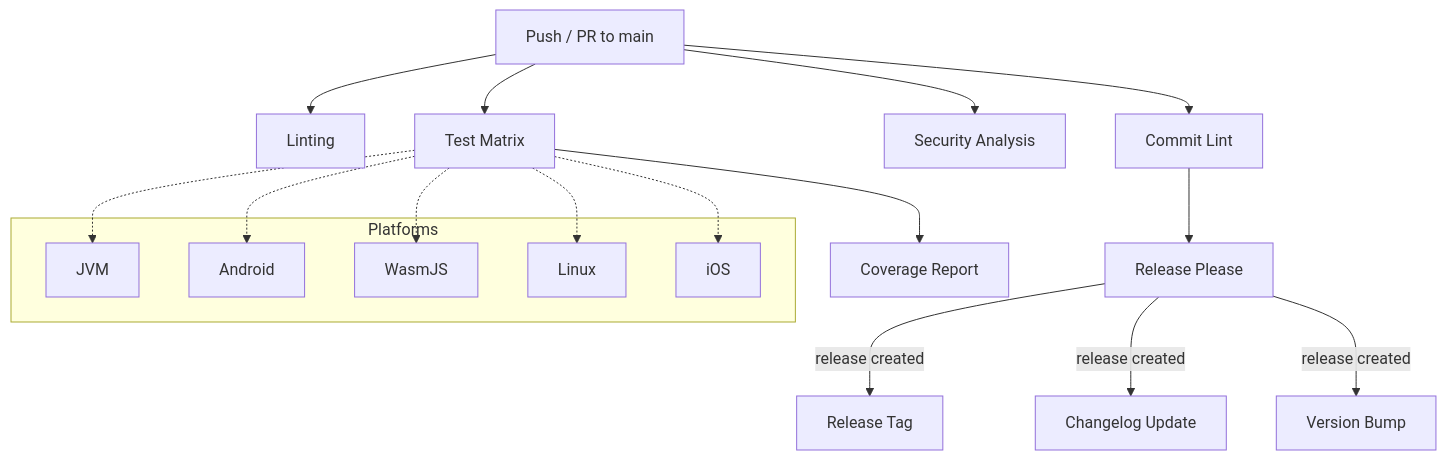
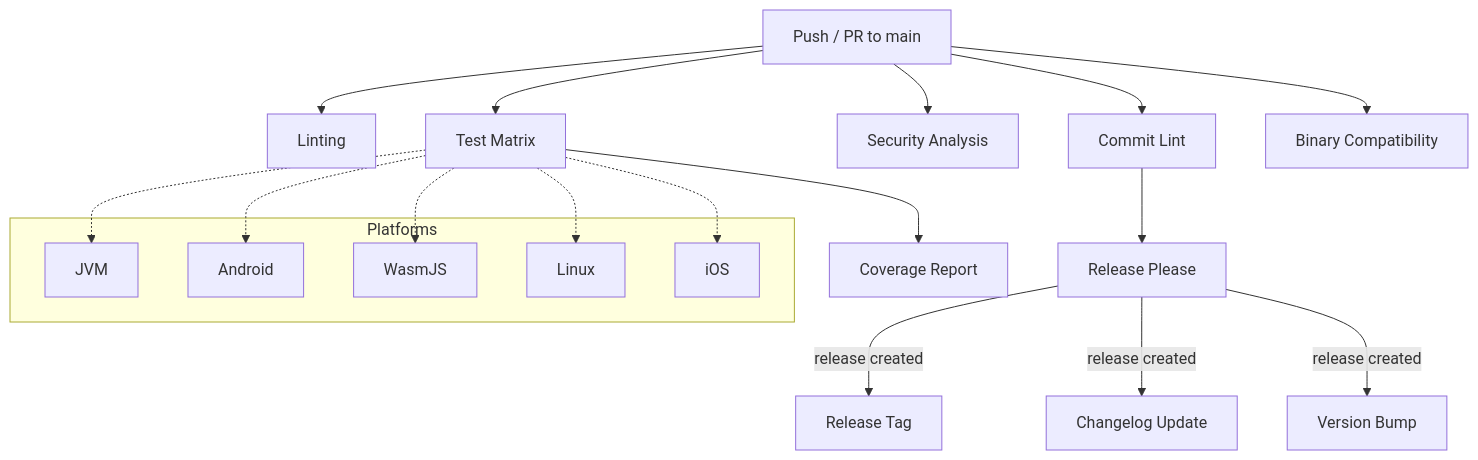
One commit to emmanuel-pastor/fake-progress-lib changed the diagram in docs/CI_CD.md. Above: the diagram before and after it, drawn with Mermaid. The commit also changed other lines of this file and 4 other files, not shown here.

First line of the commit message:
ci(binary-compatibility): add Kotlin ABI validation workflow and enforce breaking change rules (#23) (#24)

````diff
--- a/docs/CI_CD.md
+++ b/docs/CI_CD.md
@@ -13,26 +13,27 @@
 ```mermaid
 graph TD
   Trigger[Push / PR to main] --> Lint[Linting]
   Trigger --> Test[Test Matrix]
   Trigger --> CodeQL[Security Analysis]
   Trigger --> CommitLint[Commit Lint]
+  Trigger --> BinaryCompat[Binary Compatibility]
   Test --> Coverage[Coverage Report]
   CommitLint --> ReleasePlease[Release Please]
   ReleasePlease -->|release created| Tag[Release Tag]
   ReleasePlease -->|release created| Changelog[Changelog Update]
   ReleasePlease -->|release created| Version[Version Bump]
 
   subgraph Platforms
     JVM[JVM]
     Android[Android]
     Wasm[WasmJS]
     Linux[Linux]
     iOS[iOS]
   end
 
   Test -.-> JVM
   Test -.-> Android
   Test -.-> Wasm
   Test -.-> Linux
   Test -.-> iOS
 ```
````
